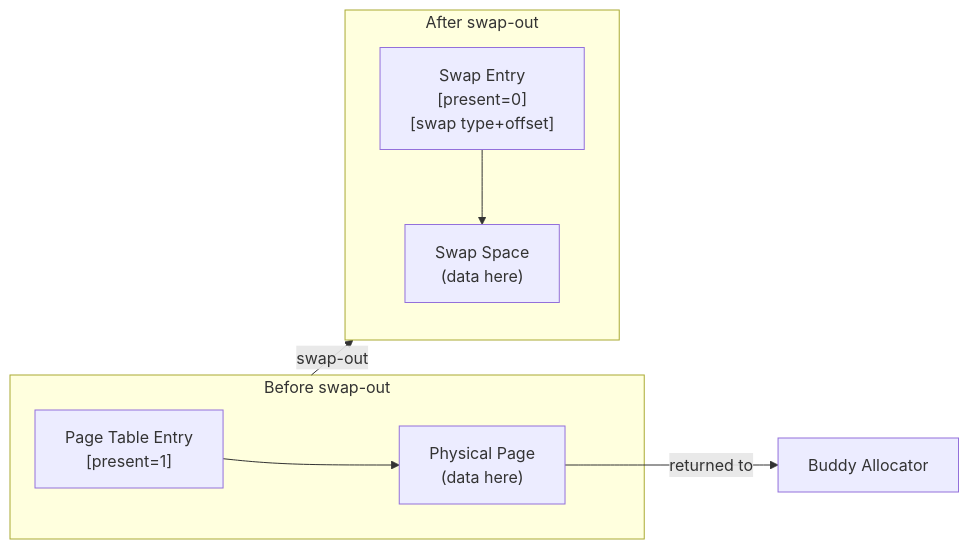
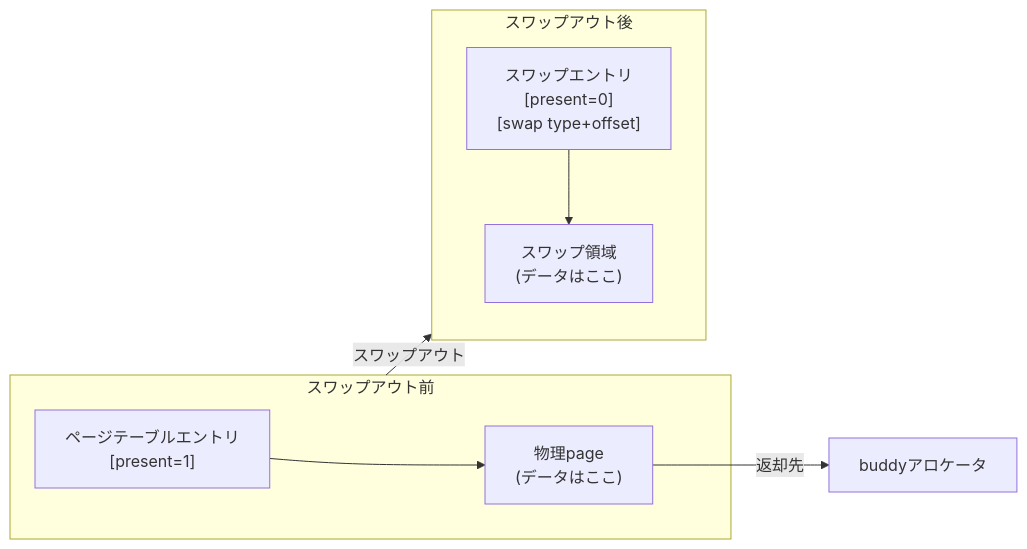
Before and after one commit to doguto/linux-kernel-internals-jp: the tenth of 15 diagrams in docs/mm/life-of-page.md, drawn with Mermaid. The commit also changed other lines of this file and 27 other files, not shown here.

````diff
--- a/docs/mm/life-of-page.md
+++ b/docs/mm/life-of-page.md
@@ -313,13 +313,13 @@
 ```mermaid
 flowchart LR
-    subgraph before["Before swap-out"]
-        PTE1["Page Table Entry<br/>[present=1]"] --> PP["Physical Page<br/>(data here)"]
+    subgraph before["スワップアウト前"]
+        PTE1["ページテーブルエントリ<br/>[present=1]"] --> PP["物理page<br/>(データはここ)"]
     end
 
-    subgraph after["After swap-out"]
-        SE["Swap Entry<br/>[present=0]<br/>[swap type+offset]"] --> SS["Swap Space<br/>(data here)"]
+    subgraph after["スワップアウト後"]
+        SE["スワップエントリ<br/>[present=0]<br/>[swap type+offset]"] --> SS["スワップ領域<br/>(データはここ)"]
     end
 
-    before -->|"swap-out"| after
-    PP -->|"returned to"| BUDDY["Buddy Allocator"]
+    before -->|"スワップアウト"| after
+    PP -->|"返却先"| BUDDY["buddyアロケータ"]
 ```
````
